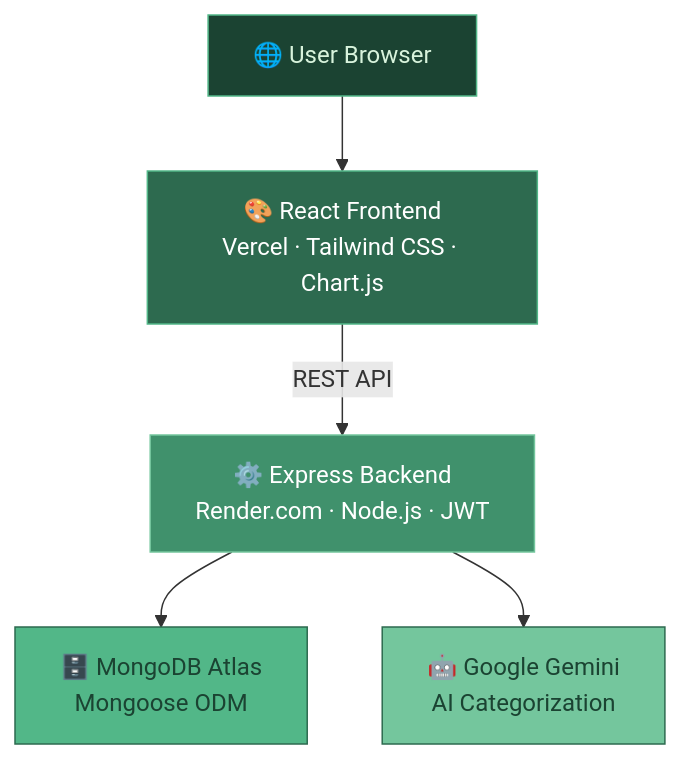
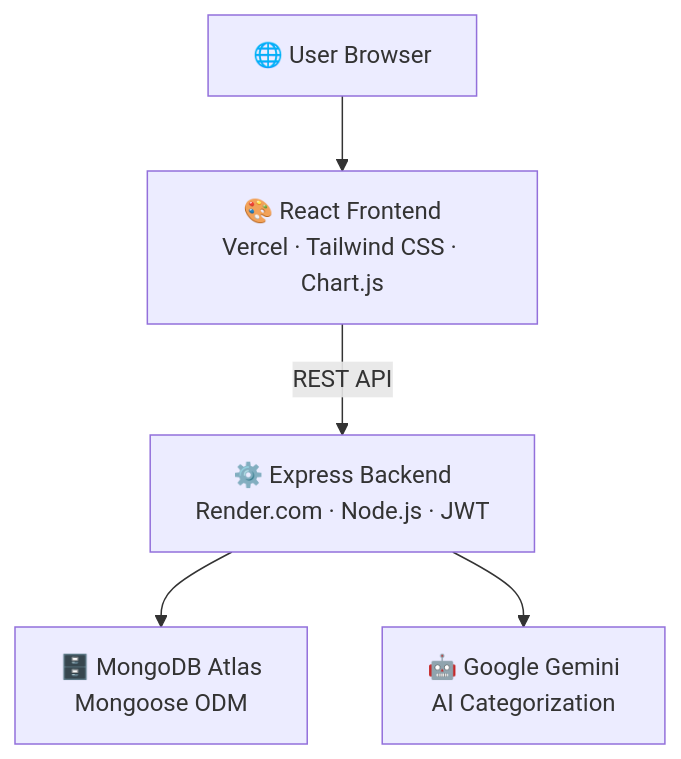
One commit to lohorisinha/Splyttr changed the second of 2 diagrams in README.md. Above: the diagram before and after it, drawn with Mermaid. The commit also changed other lines of this file, not shown here.

````diff
--- a/README.md
+++ b/README.md
@@ -63,14 +34,8 @@
 ```mermaid
 graph TD
     U[🌐 User Browser] --> F
     F["🎨 React Frontend\nVercel · Tailwind CSS · Chart.js"] -->|REST API| B
     B["⚙️ Express Backend\nRender.com · Node.js · JWT"] --> DB & AI
     DB["🗄️ MongoDB Atlas\nMongoose ODM"]
     AI["🤖 Google Gemini\nAI Categorization"]
-
-    style U fill:#1b4332,color:#d8f3dc,stroke:#52b788
-    style F fill:#2d6a4f,color:#ffffff,stroke:#52b788
-    style B fill:#40916c,color:#ffffff,stroke:#74c69d
-    style DB fill:#52b788,color:#1b4332,stroke:#2d6a4f
-    style AI fill:#74c69d,color:#1b4332,stroke:#2d6a4f
 ```
````
